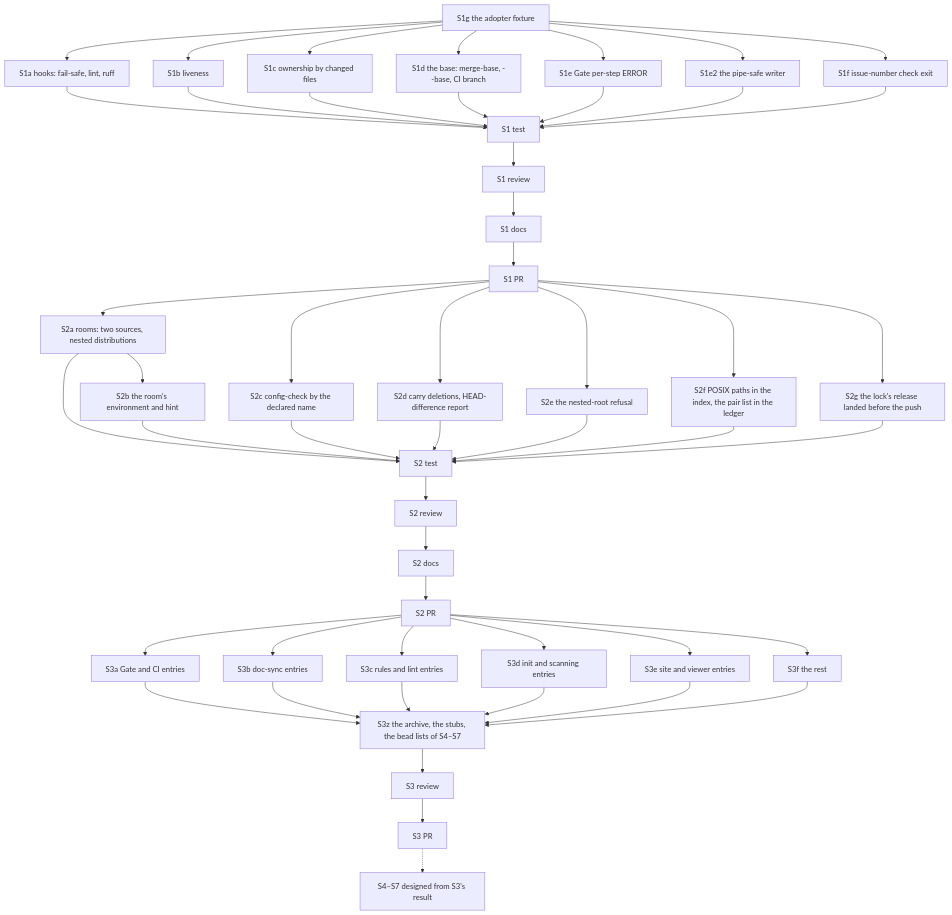
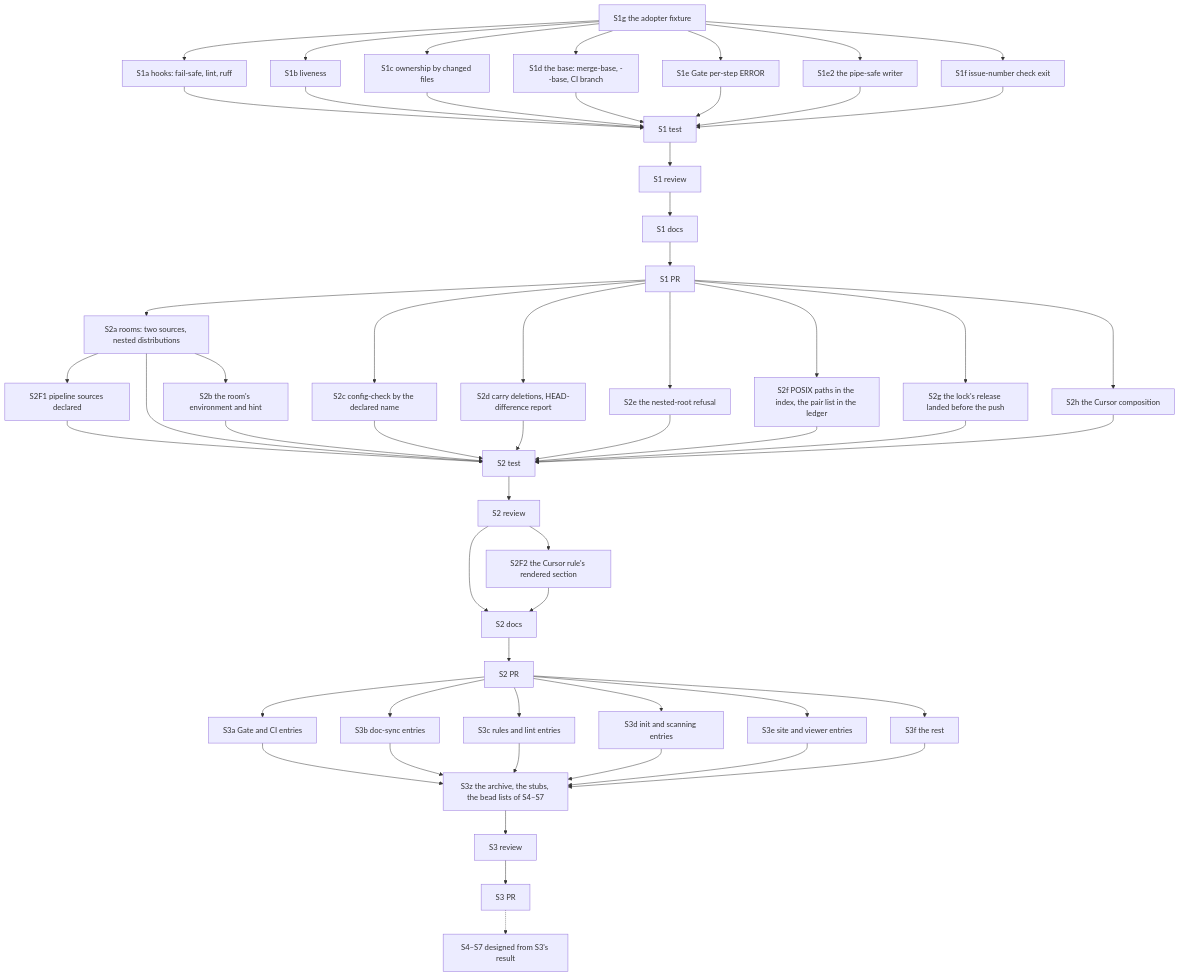
One commit to zoologov/beadloom changed the diagram in .claude/development/docs/features/BDL-083/PLAN.md. Above: the diagram before and after it, drawn with Mermaid. The commit also changed other lines of this file and 215 other files, not shown here.

````diff
--- a/.claude/development/docs/features/BDL-083/PLAN.md
+++ b/.claude/development/docs/features/BDL-083/PLAN.md
@@ -17,47 +17,52 @@
 ```mermaid
 graph TD
     S1g[S1g the adopter fixture] --> S1a[S1a hooks: fail-safe, lint, ruff]
     S1g --> S1b[S1b liveness]
     S1g --> S1c[S1c ownership by changed files]
     S1g --> S1d[S1d the base: merge-base, --base, CI branch]
     S1g --> S1e[S1e Gate per-step ERROR]
     S1g --> S1e2[S1e2 the pipe-safe writer]
     S1g --> S1f[S1f issue-number check exit]
     S1a --> S1T[S1 test]
     S1b --> S1T
     S1c --> S1T
     S1d --> S1T
     S1e --> S1T
     S1e2 --> S1T
     S1f --> S1T
     S1T --> S1R[S1 review] --> S1W[S1 docs] --> S1P[S1 PR]
     S1P --> S2a[S2a rooms: two sources, nested distributions]
     S1P --> S2c[S2c config-check by the declared name]
     S1P --> S2d[S2d carry deletions, HEAD-difference report]
     S1P --> S2e[S2e the nested-root refusal]
     S1P --> S2f[S2f POSIX paths in the index, the pair list in the ledger]
     S1P --> S2g[S2g the lock's release landed before the push]
     S2a --> S2b[S2b the room's environment and hint]
-    S2a --> S2T[S2 test]
+    S2a --> S2F1[S2F1 pipeline sources declared]
+    S2F1 --> S2T[S2 test]
+    S2a --> S2T
     S2b --> S2T
     S2c --> S2T
     S2d --> S2T
     S2e --> S2T
     S2f --> S2T
     S2g --> S2T
+    S1P --> S2h[S2h the Cursor composition]
+    S2h --> S2T
     S2T --> S2R[S2 review] --> S2W[S2 docs] --> S2P[S2 PR]
+    S2R --> S2F2[S2F2 the Cursor rule's rendered section] --> S2W
     S2P --> S3a[S3a Gate and CI entries]
     S2P --> S3b[S3b doc-sync entries]
     S2P --> S3c[S3c rules and lint entries]
     S2P --> S3d[S3d init and scanning entries]
     S2P --> S3e[S3e site and viewer entries]
     S2P --> S3f[S3f the rest]
     S3a --> S3z[S3z the archive, the stubs, the bead lists of S4–S7]
     S3b --> S3z
     S3c --> S3z
     S3d --> S3z
     S3e --> S3z
     S3f --> S3z
     S3z --> S3R[S3 review] --> S3P[S3 PR]
     S3P -.-> S4[S4–S7 designed from S3's result]
 ```
````
